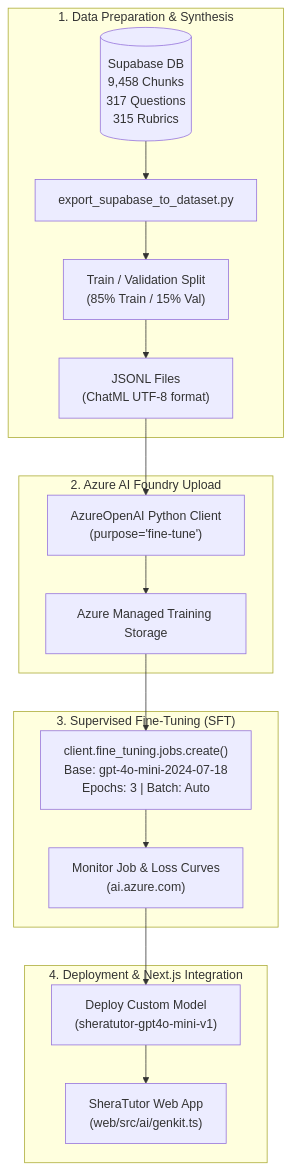
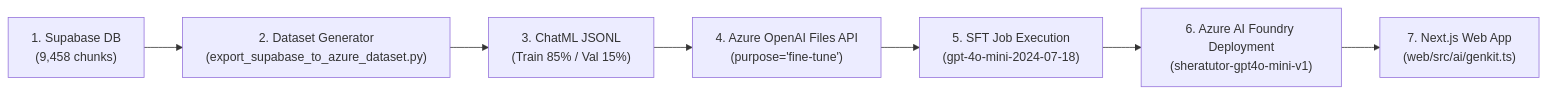
The second of 2 diagrams in AZURE_AI_FOUNDRY_FINETUNING_PLAN.md (CodeStorm-Hub/Sheratutor), drawn with Mermaid before and after one commit. The commit also changed other lines of this file and 6 other files, not shown here.

Commit message:
feat: add training, ingestion updates and web improvements

````diff
--- a/AZURE_AI_FOUNDRY_FINETUNING_PLAN.md
+++ b/AZURE_AI_FOUNDRY_FINETUNING_PLAN.md
@@ -96,23 +132,9 @@
 ```mermaid
-flowchart TD
-    subgraph DataPrep ["1. Data Preparation & Synthesis"]
-        DB[(Supabase DB<br/>9,458 Chunks<br/>317 Questions<br/>315 Rubrics)] --> ExportScript["export_supabase_to_dataset.py"]
-        ExportScript --> Split["Train / Validation Split<br/>(85% Train / 15% Val)"]
-        Split --> JSONL["JSONL Files<br/>(ChatML UTF-8 format)"]
-    end
-
-    subgraph AzureUpload ["2. Azure AI Foundry Upload"]
-        JSONL --> AzClient["AzureOpenAI Python Client<br/>(purpose='fine-tune')"]
-        AzClient --> AzStorage["Azure Managed Training Storage"]
-    end
-
-    subgraph TrainingJob ["3. Supervised Fine-Tuning (SFT)"]
-        AzStorage --> FTJob["client.fine_tuning.jobs.create()<br/>Base: gpt-4o-mini-2024-07-18<br/>Epochs: 3 | Batch: Auto"]
-        FTJob --> Monitor["Monitor Job & Loss Curves<br/>(ai.azure.com)"]
-    end
-
-    subgraph Serving ["4. Deployment & Next.js Integration"]
-        Monitor --> Deploy["Deploy Custom Model<br/>(sheratutor-gpt4o-mini-v1)"]
-        Deploy --> NextJS["SheraTutor Web App<br/>(web/src/ai/genkit.ts)"]
-    end
+flowchart LR
+    A["1. Supabase DB<br/>(9,458 chunks)"] --> B["2. Dataset Generator<br/>(export_supabase_to_azure_dataset.py)"]
+    B --> C["3. ChatML JSONL<br/>(Train 85% / Val 15%)"]
+    C --> D["4. Azure OpenAI Files API<br/>(purpose='fine-tune')"]
+    D --> E["5. SFT Job Execution<br/>(gpt-4o-mini-2024-07-18)"]
+    E --> F["6. Azure AI Foundry Deployment<br/>(sheratutor-gpt4o-mini-v1)"]
+    F --> G["7. Next.js Web App<br/>(web/src/ai/genkit.ts)"]
 ```
````
